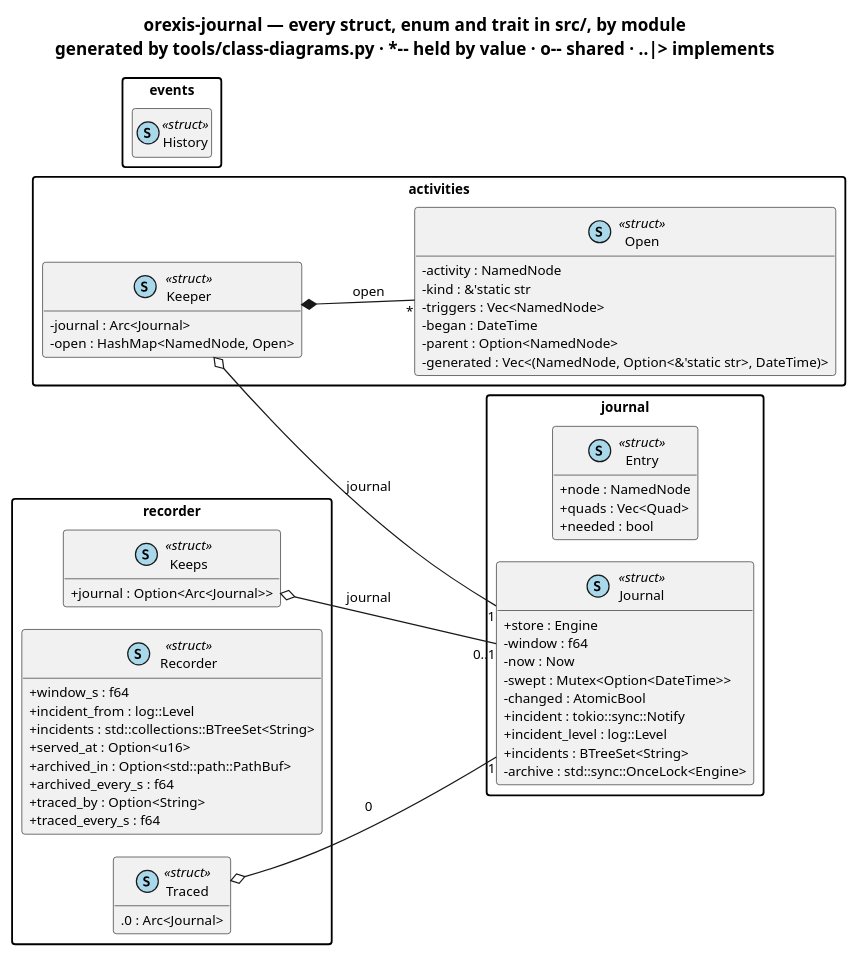
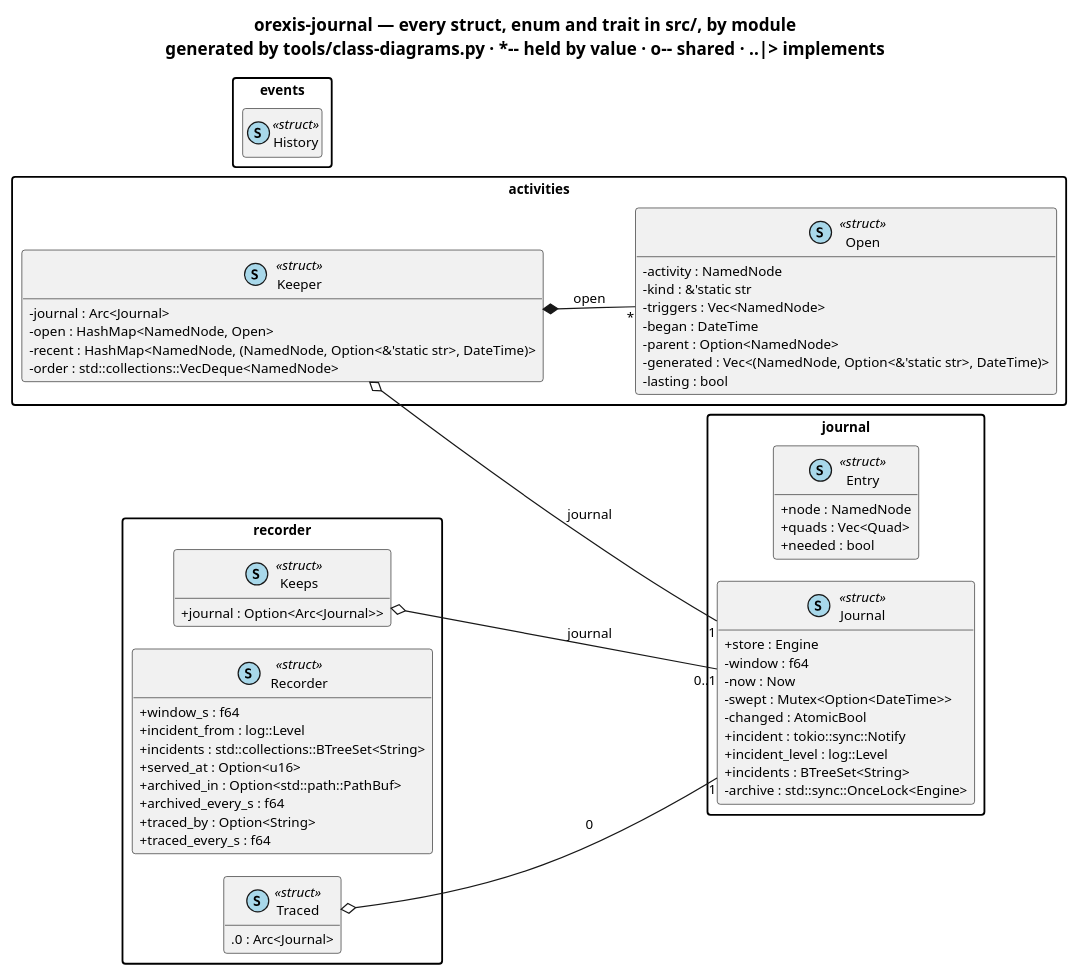
Before and after one commit to ShishkinDmitriy/orexis: the diagram in knowledge/diagrams/package-orexis-journal.puml, drawn with PlantUML. The commit also changed 21 other files, not shown here.

```diff
--- a/knowledge/diagrams/package-orexis-journal.puml
+++ b/knowledge/diagrams/package-orexis-journal.puml
@@ -1,71 +1,74 @@
 @startuml package-orexis-journal
 !pragma layout smetana
 title orexis-journal — every struct, enum and trait in src/, by module\ngenerated by tools/class-diagrams.py · ~*~-~- held by value · o~-~- shared · ..|> implements
 skinparam shadowing false
 skinparam classAttributeIconSize 0
 skinparam defaultFontSize 11
 skinparam packageStyle rectangle
 hide empty members
 left to right direction
 
 package "activities" {
   class "Keeper" as orexis_journal__activities__Keeper << (S,#A8D8EA) struct >> {
     {field} -journal : Arc<Journal>
     {field} -open : HashMap<NamedNode, Open>
+    {field} -recent : HashMap<NamedNode, (NamedNode, Option<&'static str>, DateTime)>
+    {field} -order : std::collections::VecDeque<NamedNode>
   }
   class "Open" as orexis_journal__activities__Open << (S,#A8D8EA) struct >> {
     {field} -activity : NamedNode
     {field} -kind : &'static str
     {field} -triggers : Vec<NamedNode>
     {field} -began : DateTime
     {field} -parent : Option<NamedNode>
     {field} -generated : Vec<(NamedNode, Option<&'static str>, DateTime)>
+    {field} -lasting : bool
   }
 }
 package "events" {
   class "History" as orexis_journal__events__History << (S,#A8D8EA) struct >> {
   }
 }
 package "journal" {
   class "Entry" as orexis_journal__journal__Entry << (S,#A8D8EA) struct >> {
     {field} +node : NamedNode
     {field} +quads : Vec<Quad>
     {field} +needed : bool
   }
   class "Journal" as orexis_journal__journal__Journal << (S,#A8D8EA) struct >> {
     {field} +store : Engine
     {field} -window : f64
     {field} -now : Now
     {field} -swept : Mutex<Option<DateTime>>
     {field} -changed : AtomicBool
     {field} +incident : tokio::sync::Notify
     {field} +incident_level : log::Level
     {field} +incidents : BTreeSet<String>
     {field} -archive : std::sync::OnceLock<Engine>
   }
 }
 package "recorder" {
   class "Keeps" as orexis_journal__recorder__Keeps << (S,#A8D8EA) struct >> {
     {field} +journal : Option<Arc<Journal>>
   }
   class "Recorder" as orexis_journal__recorder__Recorder << (S,#A8D8EA) struct >> {
     {field} +window_s : f64
     {field} +incident_from : log::Level
     {field} +incidents : std::collections::BTreeSet<String>
     {field} +served_at : Option<u16>
     {field} +archived_in : Option<std::path::PathBuf>
     {field} +archived_every_s : f64
     {field} +traced_by : Option<String>
     {field} +traced_every_s : f64
   }
   class "Traced" as orexis_journal__recorder__Traced << (S,#A8D8EA) struct >> {
     {field} .0 : Arc<Journal>
   }
 }
 
 
 orexis_journal__activities__Keeper o-- "1" orexis_journal__journal__Journal : journal
 orexis_journal__activities__Keeper *-- "*" orexis_journal__activities__Open : open
 orexis_journal__recorder__Keeps o-- "0..1" orexis_journal__journal__Journal : journal
 orexis_journal__recorder__Traced o-- "1" orexis_journal__journal__Journal : 0
 @enduml
```
